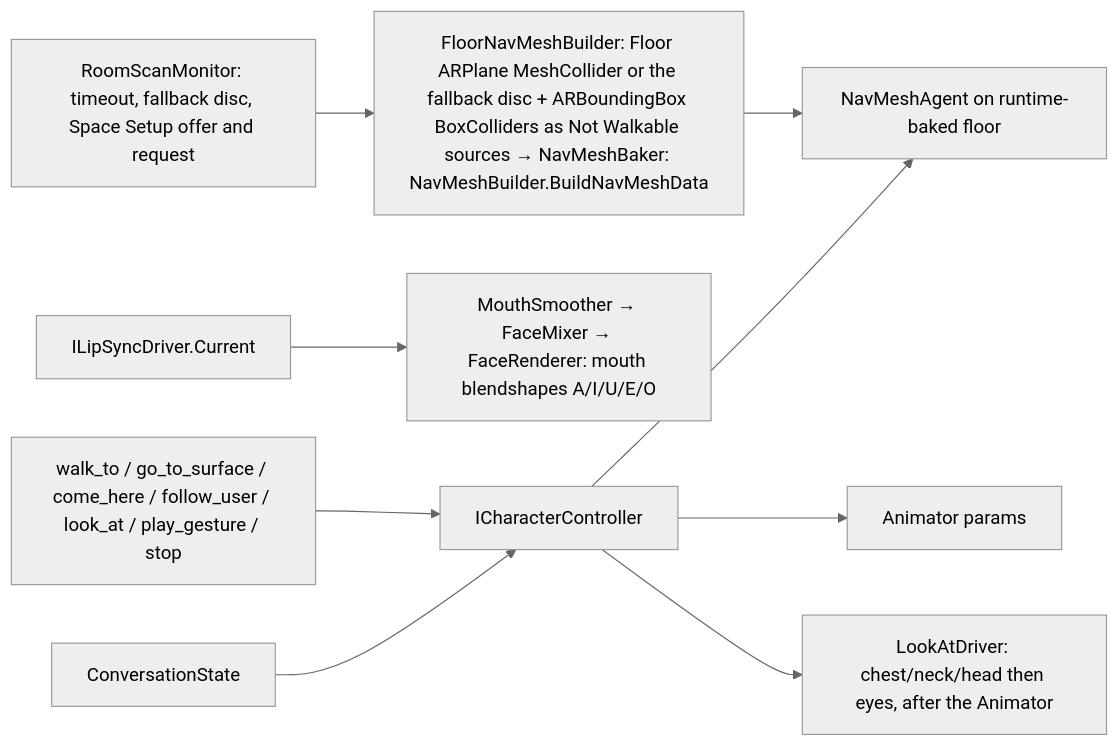
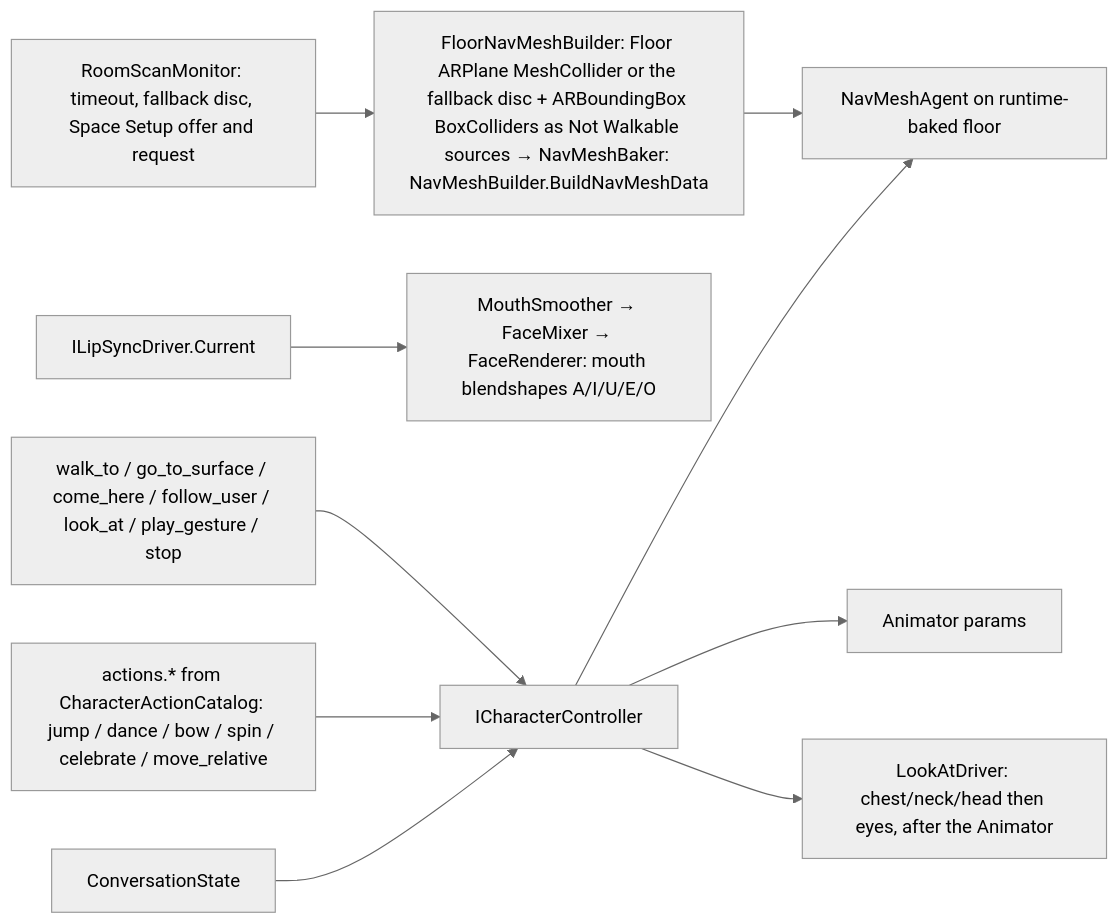
One commit to ImageekCompany/nubi-mixed-reality-ai-companion changed the sixth of 7 diagrams in docs/architecture.md. Above: the diagram before and after it, drawn with Mermaid (neutral theme). The commit also changed other lines of this file and 7 other files, not shown here.

Commit message:
docs: ADR-0047 character action catalog, contracts and eval run

````diff
--- a/docs/architecture.md
+++ b/docs/architecture.md
@@ -283,11 +283,12 @@
 ```mermaid
 graph LR
   Tools[walk_to / go_to_surface / come_here / follow_user / look_at / play_gesture / stop] --> CC[ICharacterController]
+  Actions[actions.* from CharacterActionCatalog: jump / dance / bow / spin / celebrate / move_relative] --> CC
   Conv[ConversationState] --> CC
   Lip[ILipSyncDriver.Current] --> Mouth[MouthSmoother → FaceMixer → FaceRenderer: mouth blendshapes A/I/U/E/O]
   CC --> Agent[NavMeshAgent on runtime-baked floor]
   CC --> Anim[Animator params]
   CC --> Look[LookAtDriver: chest/neck/head then eyes, after the Animator]
   Floor[FloorNavMeshBuilder: Floor ARPlane MeshCollider or the fallback disc + ARBoundingBox BoxColliders as Not Walkable sources → NavMeshBaker: NavMeshBuilder.BuildNavMeshData] --> Agent
   Room[RoomScanMonitor: timeout, fallback disc, Space Setup offer and request] --> Floor
 ```
````
